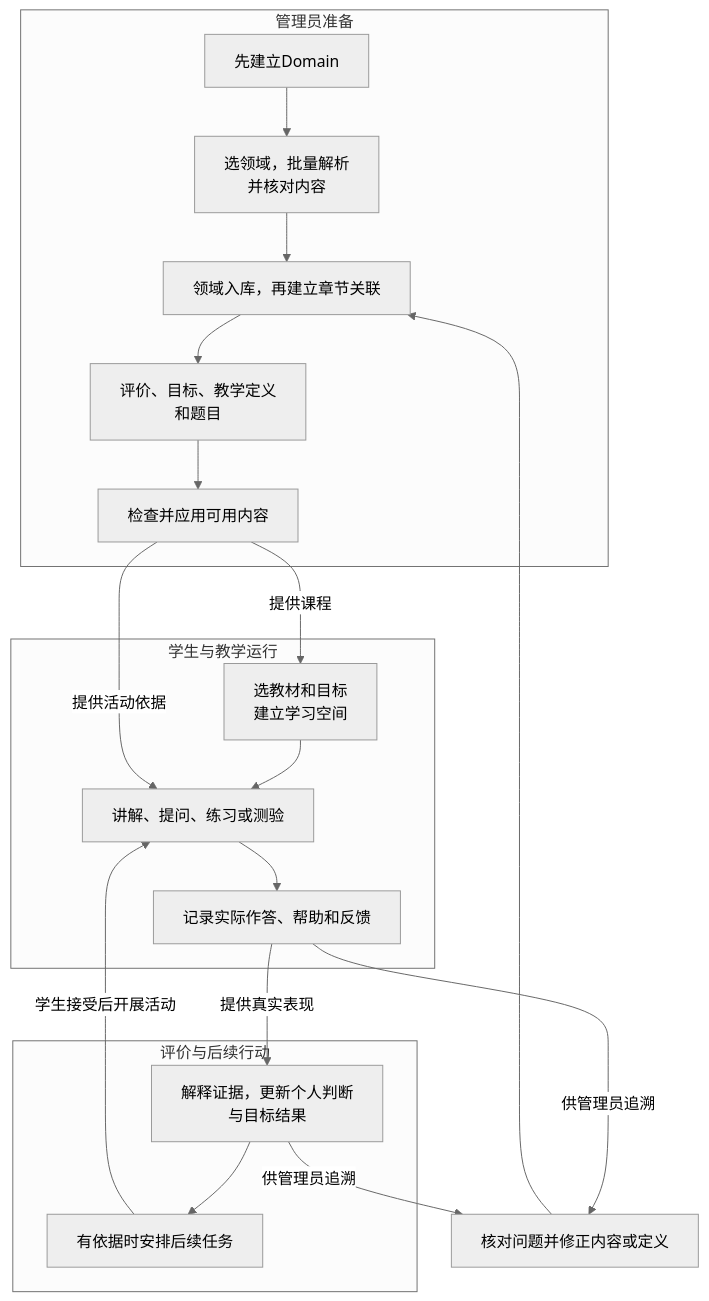
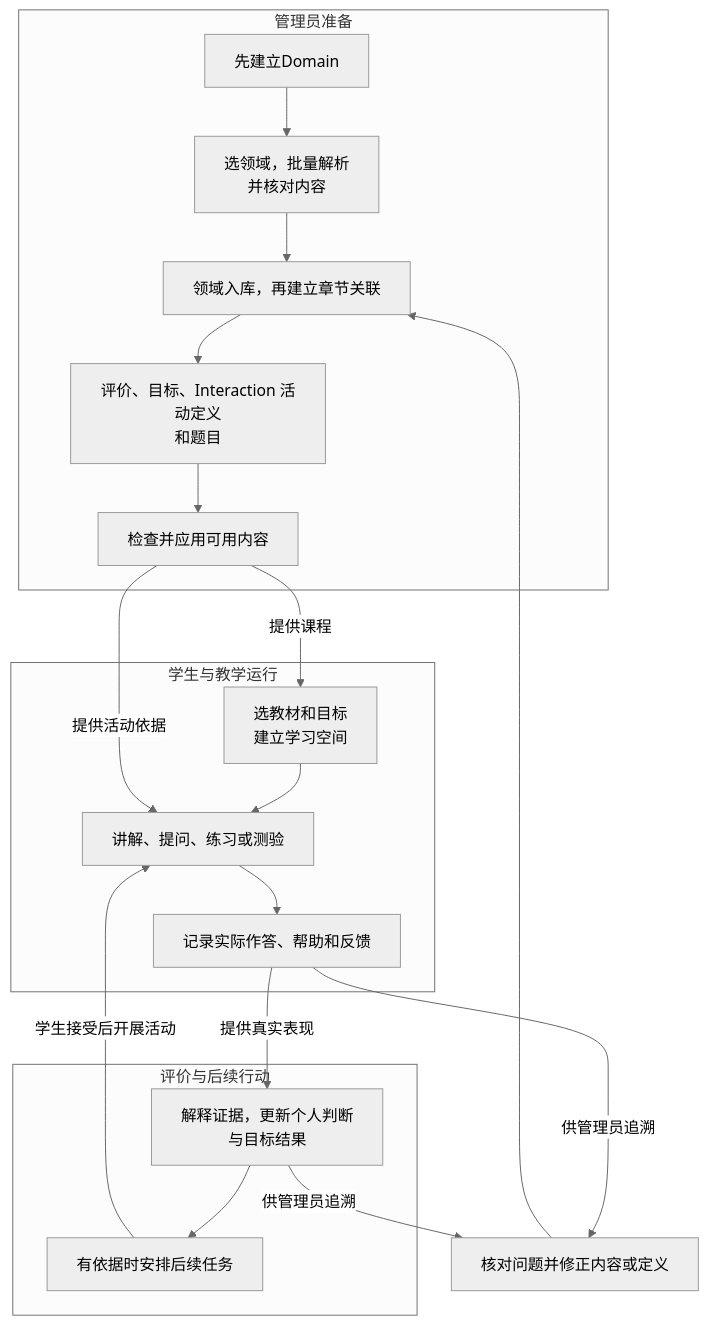
Before and after one commit to ivgotcrazy/deermind: the first of 4 diagrams in doc/mvp/m1/PRD.md, drawn with Mermaid (neutral theme). The commit also changed other lines of this file and 15 other files, not shown here.

````diff
--- a/doc/mvp/m1/PRD.md
+++ b/doc/mvp/m1/PRD.md
@@ -89,23 +89,23 @@
 ```mermaid
 flowchart TB
     subgraph A["管理员准备"]
         A0["先建立Domain"] --> A1["选领域，批量解析<br/>并核对内容"]
         A1 --> A2["领域入库，再建立章节关联"]
-        A2 --> A3["评价、目标、教学定义<br/>和题目"]
+        A2 --> A3["评价、目标、Interaction 活动定义<br/>和题目"]
         A3 --> A4["检查并应用可用内容"]
     end
     subgraph S["学生与教学运行"]
         S1["选教材和目标<br/>建立学习空间"] --> S2["讲解、提问、练习或测验"]
         S2 --> S3["记录实际作答、帮助和反馈"]
     end
     subgraph E["评价与后续行动"]
         E1["解释证据，更新个人判断<br/>与目标结果"] --> E2["有依据时安排后续任务"]
     end
     A4 -->|"提供课程"| S1
     A4 -->|"提供活动依据"| S2
     S3 -->|"提供真实表现"| E1
     E2 -->|"学生接受后开展活动"| S2
     S3 -->|"供管理员追溯"| R["核对问题并修正内容或定义"]
     E1 -->|"供管理员追溯"| R
     R --> A2
 ```
````
